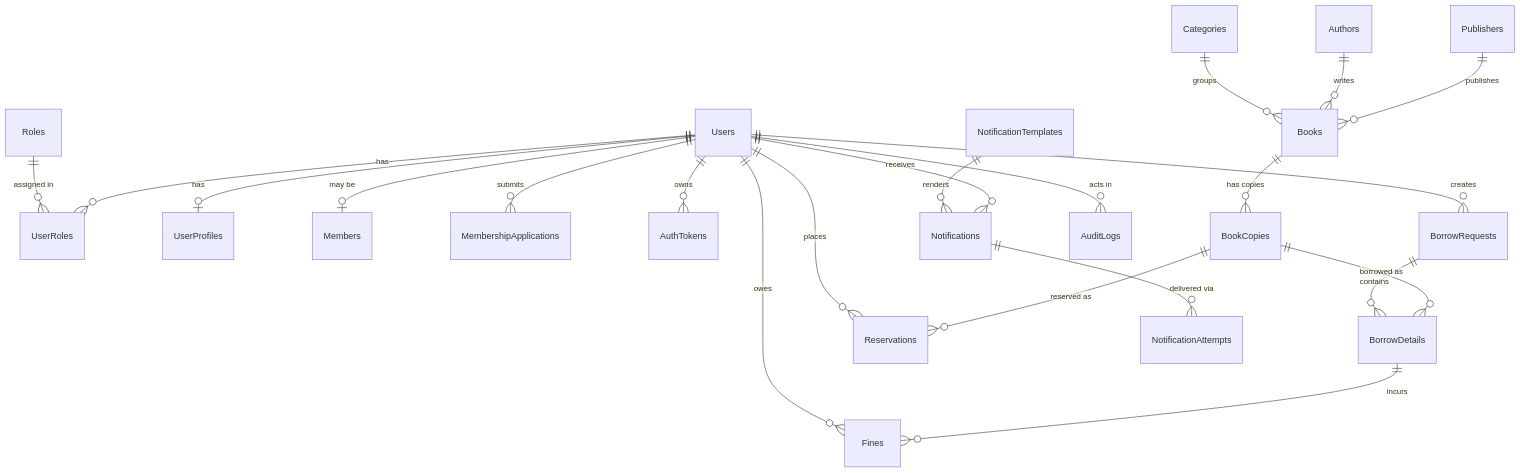
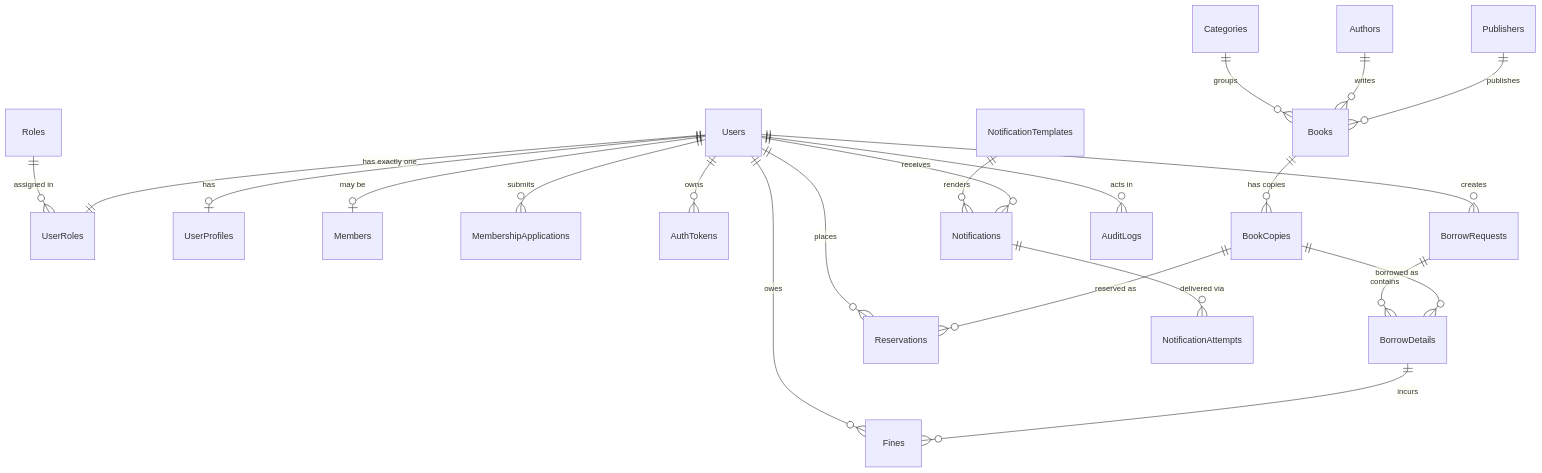
The second of 2 diagrams in docs/architecture/feature-integration-map.md (SWP391-LibraryManagement/LibraryManagement), drawn with Mermaid before and after one commit. The commit also changed other lines of this file and 57 other files, not shown here.

````diff
--- a/docs/architecture/feature-integration-map.md
+++ b/docs/architecture/feature-integration-map.md
@@ -146,24 +146,24 @@
 ```mermaid
 erDiagram
   Roles ||--o{ UserRoles : "assigned in"
-  Users ||--o{ UserRoles : "has"
+  Users ||--|| UserRoles : "has exactly one"
   Users ||--o| UserProfiles : "has"
   Users ||--o| Members : "may be"
   Users ||--o{ MembershipApplications : "submits"
   Users ||--o{ AuthTokens : "owns"
   Categories ||--o{ Books : "groups"
   Authors ||--o{ Books : "writes"
   Publishers ||--o{ Books : "publishes"
   Books ||--o{ BookCopies : "has copies"
   Users ||--o{ BorrowRequests : "creates"
   BorrowRequests ||--o{ BorrowDetails : "contains"
   BookCopies ||--o{ BorrowDetails : "borrowed as"
   Users ||--o{ Reservations : "places"
   BookCopies ||--o{ Reservations : "reserved as"
   Users ||--o{ Fines : "owes"
   BorrowDetails ||--o{ Fines : "incurs"
   NotificationTemplates ||--o{ Notifications : "renders"
   Users ||--o{ Notifications : "receives"
   Notifications ||--o{ NotificationAttempts : "delivered via"
   Users ||--o{ AuditLogs : "acts in"
 ```
````
